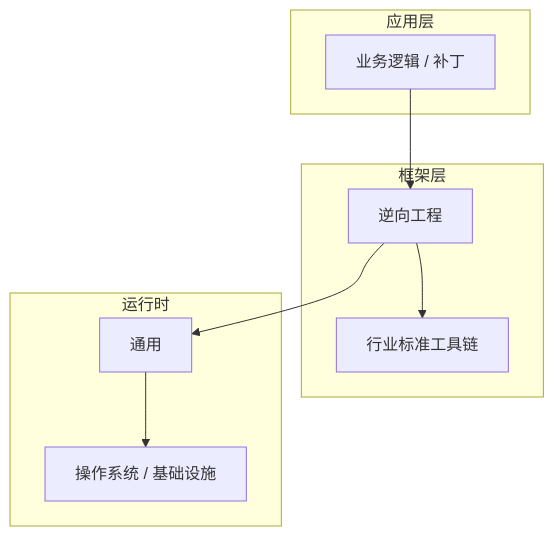
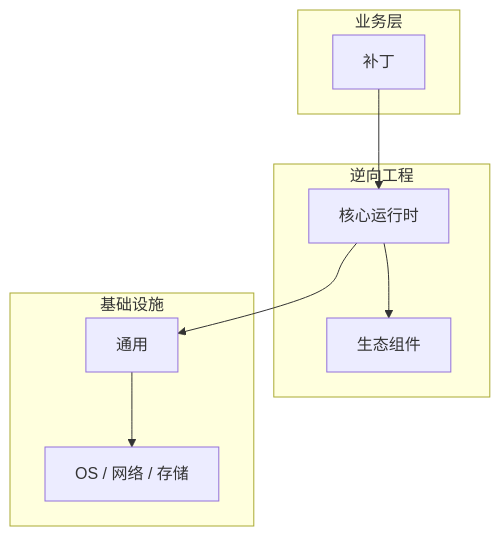
One commit to yanggan2015/knowledge-json-v2 changed the diagram in articles/逆向工程/chapters/066-补丁核心概念与原理.md. Above: the diagram before and after it, drawn with Mermaid. The commit also changed other lines of this file and 10127 other files, not shown here.

````diff
--- a/articles/逆向工程/chapters/066-补丁核心概念与原理.md
+++ b/articles/逆向工程/chapters/066-补丁核心概念与原理.md
@@ -46,18 +31,18 @@
 ```mermaid
 graph TB
-    subgraph 应用层
-        A[业务逻辑 / 补丁]
+    subgraph 业务层
+        A[补丁]
     end
-    subgraph 框架层
-        B[逆向工程]
-        C[行业标准工具链]
+    subgraph 逆向工程
+        B[核心运行时]
+        C[生态组件]
     end
-    subgraph 运行时
+    subgraph 基础设施
         D[通用]
-        E[操作系统 / 基础设施]
+        E[OS / 网络 / 存储]
     end
     A --> B
     B --> C
     B --> D
     D --> E
 ```
````
